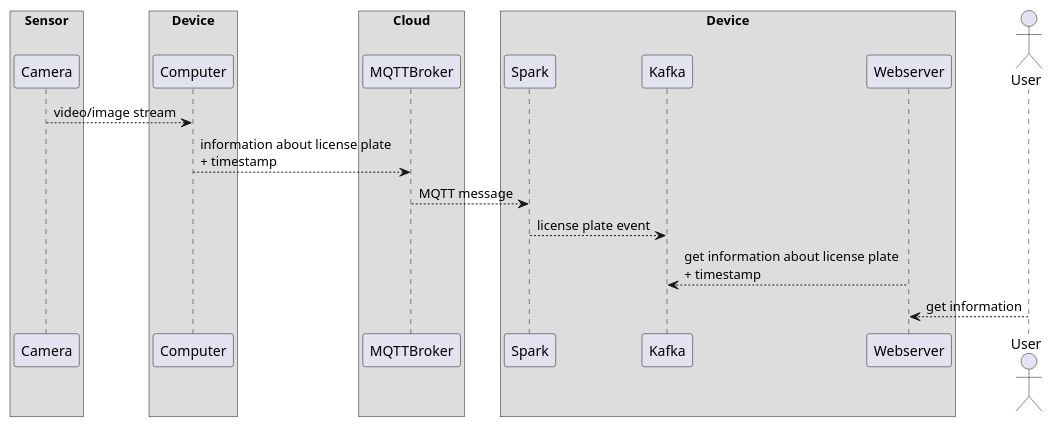
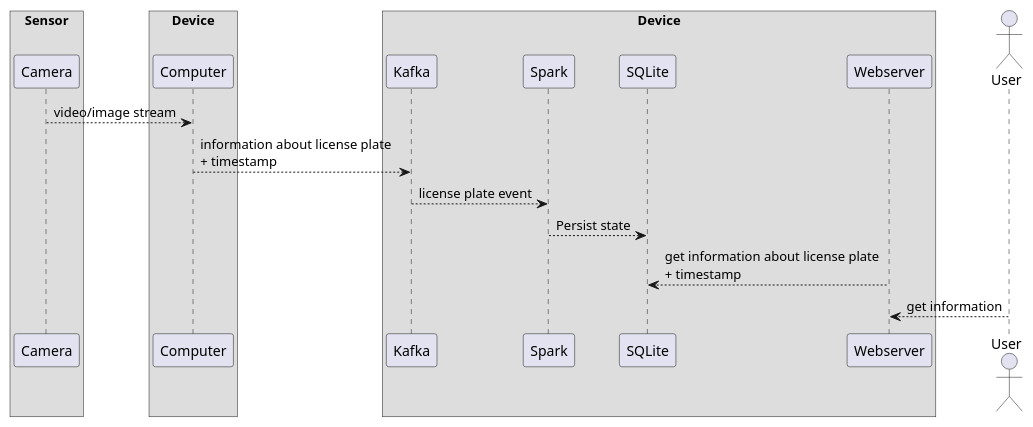
Before and after one commit to jkruke/parkpal: the diagram in diagrams/sequence.puml, drawn with PlantUML. The commit also changed 1 other file, not shown here.

Commit message:
publish  to kafka

```diff
--- a/diagrams/sequence.puml
+++ b/diagrams/sequence.puml
@@ -1,25 +1,25 @@
 @startuml
 
 box Sensor
 participant Camera
 end box
 box Device
 participant Computer
 end box
 box Cloud
-participant MQTTBroker
 end box
 box Device
+participant Kafka
 participant Spark
-participant Kafka
+participant SQLite
 participant Webserver
 end box
 
 Camera --> Computer : video/image stream
-Computer --> MQTTBroker : information about license plate \n+ timestamp
-MQTTBroker --> Spark : MQTT message
-Spark --> Kafka : license plate event
-Kafka <-- Webserver : get information about license plate \n+ timestamp
+Computer --> Kafka : information about license plate \n+ timestamp
+Kafka --> Spark : license plate event
+Spark --> SQLite : Persist state
+SQLite <-- Webserver : get information about license plate \n+ timestamp
 actor User
 Webserver <-- User : get information
 @enduml
```
